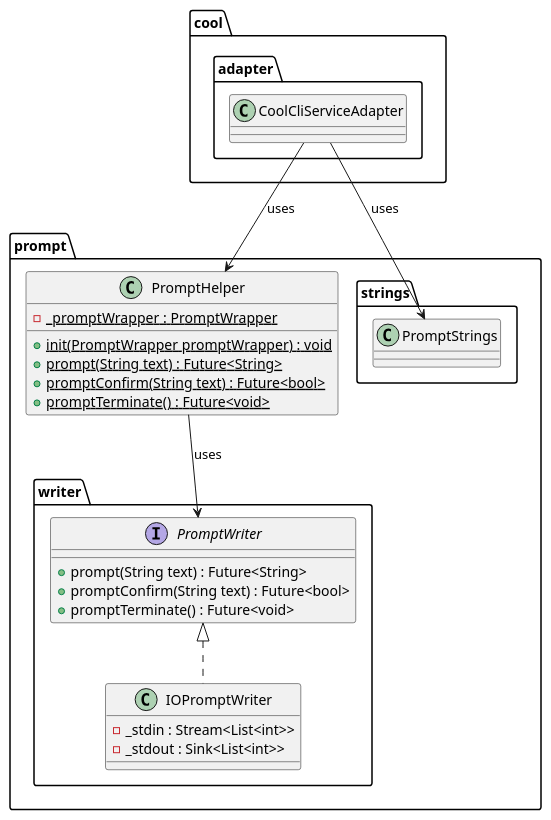
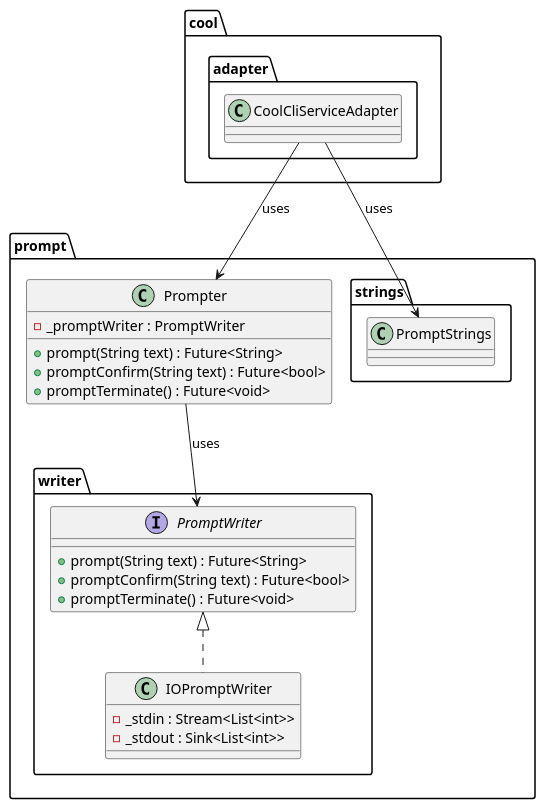
One commit to Flank/flank-dashboard changed the diagram in metrics/cli/docs/diagrams/prompt_class_diagram.puml. Above: the diagram before and after it, drawn with PlantUML. The commit also changed 10 other files, not shown here.

```diff
--- a/metrics/cli/docs/diagrams/prompt_class_diagram.puml
+++ b/metrics/cli/docs/diagrams/prompt_class_diagram.puml
@@ -1,41 +1,40 @@
 @startuml prompt_class_diagram
 
 package prompt {
     package writer {
         interface PromptWriter {
             + prompt(String text) : Future<String>
             + promptConfirm(String text) : Future<bool>
             + promptTerminate() : Future<void>
         }
 
         class IOPromptWriter implements PromptWriter{
             - _stdin : Stream<List<int>>
             - _stdout : Sink<List<int>>
         }
     }
 
     package strings {
         class PromptStrings{}
     }
 
-    class PromptHelper {
-        - {static} _promptWrapper : PromptWrapper
-        + {static} init(PromptWrapper promptWrapper) : void
-        + {static} prompt(String text) : Future<String>
-        + {static} promptConfirm(String text) : Future<bool>
-        + {static} promptTerminate() : Future<void>
+    class Prompter {
+        - _promptWriter : PromptWriter
+        + prompt(String text) : Future<String>
+        + promptConfirm(String text) : Future<bool>
+        + promptTerminate() : Future<void>
     }
 }
 
 package cool.adapter {
     class CoolCliServiceAdapter {
 
     }
 }
 
-PromptHelper --> PromptWriter : uses
+Prompter --> PromptWriter : uses
 
-CoolCliServiceAdapter --> PromptHelper : uses
+CoolCliServiceAdapter --> Prompter : uses
 CoolCliServiceAdapter --> PromptStrings : uses
 
 @enduml
```
